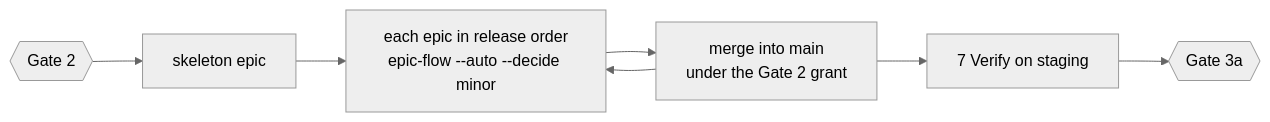
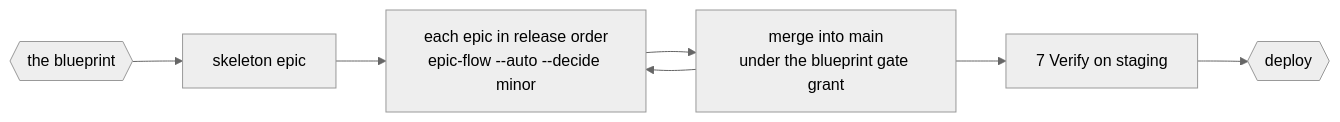
The diagram in .claude/skills/product-flow/phases/03-build-verify.md (sultanassi95/mission-control), drawn with Mermaid (neutral theme) before and after one commit. The commit also changed other lines of this file and 6 other files, not shown here.

First line of the commit message:
feat(mc-091): add a design gate to /product-flow, and name every gate instead of numbering it

````diff
--- a/.claude/skills/product-flow/phases/03-build-verify.md
+++ b/.claude/skills/product-flow/phases/03-build-verify.md
@@ -6,6 +6,6 @@
 ```mermaid
 flowchart LR
-  G2{{Gate 2}} --> S[skeleton epic] --> E[each epic in release order<br/>epic-flow --auto --decide minor] --> M[merge into main<br/>under the Gate 2 grant]
+  G2{{the blueprint}} --> S[skeleton epic] --> E[each epic in release order<br/>epic-flow --auto --decide minor] --> M[merge into main<br/>under the blueprint gate grant]
   M --> E
-  M --> V[7 Verify on staging] --> G3a{{Gate 3a}}
+  M --> V[7 Verify on staging] --> G3a{{deploy}}
 ```
````
